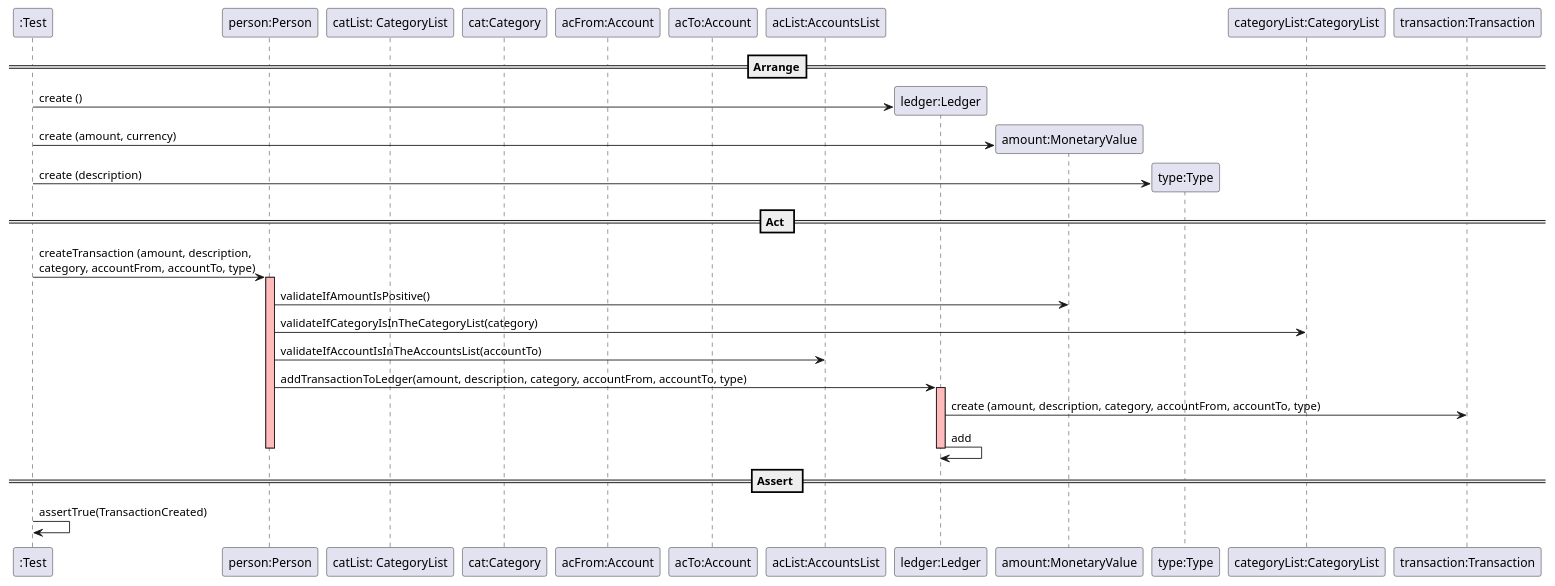
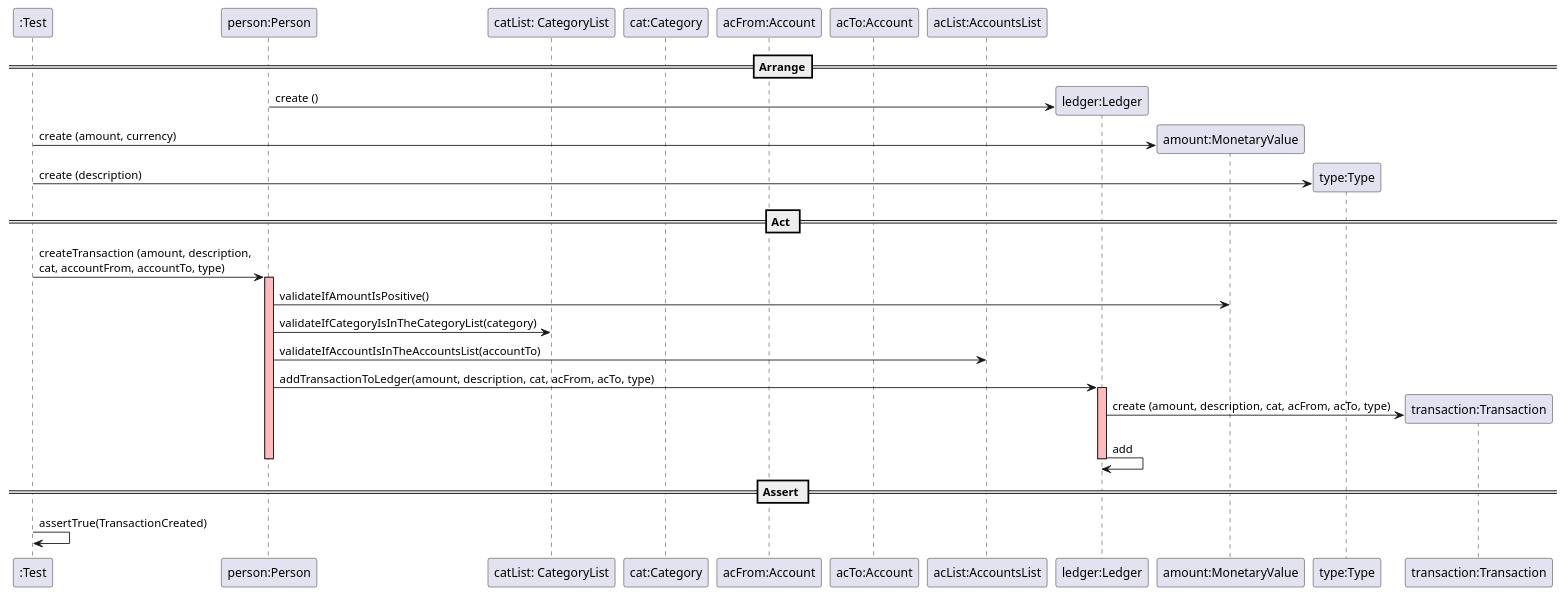
The diagram in docs/SequenceDiagram - UserStory8 - V01.puml (mleitaoribeiro/DevOpsMaven), drawn with PlantUML before and after one commit.

Commit message:
#231 alteration

```diff
--- a/docs/SequenceDiagram - UserStory8 - V01.puml
+++ b/docs/SequenceDiagram - UserStory8 - V01.puml
@@ -1,44 +1,45 @@
 @startuml
 create ":Test"
 ==Arrange==
 create "person:Person"
 create "catList: CategoryList"
 create "cat:Category"
 create "acFrom:Account"
 create "acTo:Account"
 create "acList:AccountsList"
 
 create "ledger:Ledger"
-":Test" -> "ledger:Ledger" : create ()
+"person:Person" -> "ledger:Ledger" : create ()
 
 create "amount:MonetaryValue"
 ":Test" -> "amount:MonetaryValue" : create (amount, currency)
 
 create "type:Type"
 ":Test" -> "type:Type" : create (description)
 
 == Act ==
 
-":Test" -> "person:Person" : createTransaction (amount, description, \ncategory, accountFrom, accountTo, type)
+":Test" -> "person:Person" : createTransaction (amount, description, \ncat, accountFrom, accountTo, type)
 activate "person:Person"  #FFBBBB
 
 "person:Person" -> "amount:MonetaryValue" : validateIfAmountIsPositive()
 
-"person:Person" -> "categoryList:CategoryList" : validateIfCategoryIsInTheCategoryList(category)
+"person:Person" -> "catList: CategoryList" : validateIfCategoryIsInTheCategoryList(category)
 
 "person:Person" -> "acList:AccountsList" : validateIfAccountIsInTheAccountsList(accountTo)
 
-"person:Person" -> "ledger:Ledger" : addTransactionToLedger(amount, description, category, accountFrom, accountTo, type)
+"person:Person" -> "ledger:Ledger" : addTransactionToLedger(amount, description, cat, acFrom, acTo, type)
 activate "ledger:Ledger"  #FFBBBB
 
-"ledger:Ledger" -> "transaction:Transaction" : create (amount, description, category, accountFrom, accountTo, type)
+create "transaction:Transaction"
+"ledger:Ledger" -> "transaction:Transaction" : create (amount, description, cat, acFrom, acTo, type)
 
 "ledger:Ledger" -> "ledger:Ledger": add
 deactivate "ledger:Ledger"  #FFBBBB
 deactivate "person:Person"  #FFBBBB
 
 == Assert ==
 
 ":Test" -> ":Test" : assertTrue(TransactionCreated)
 
 @enduml
```
